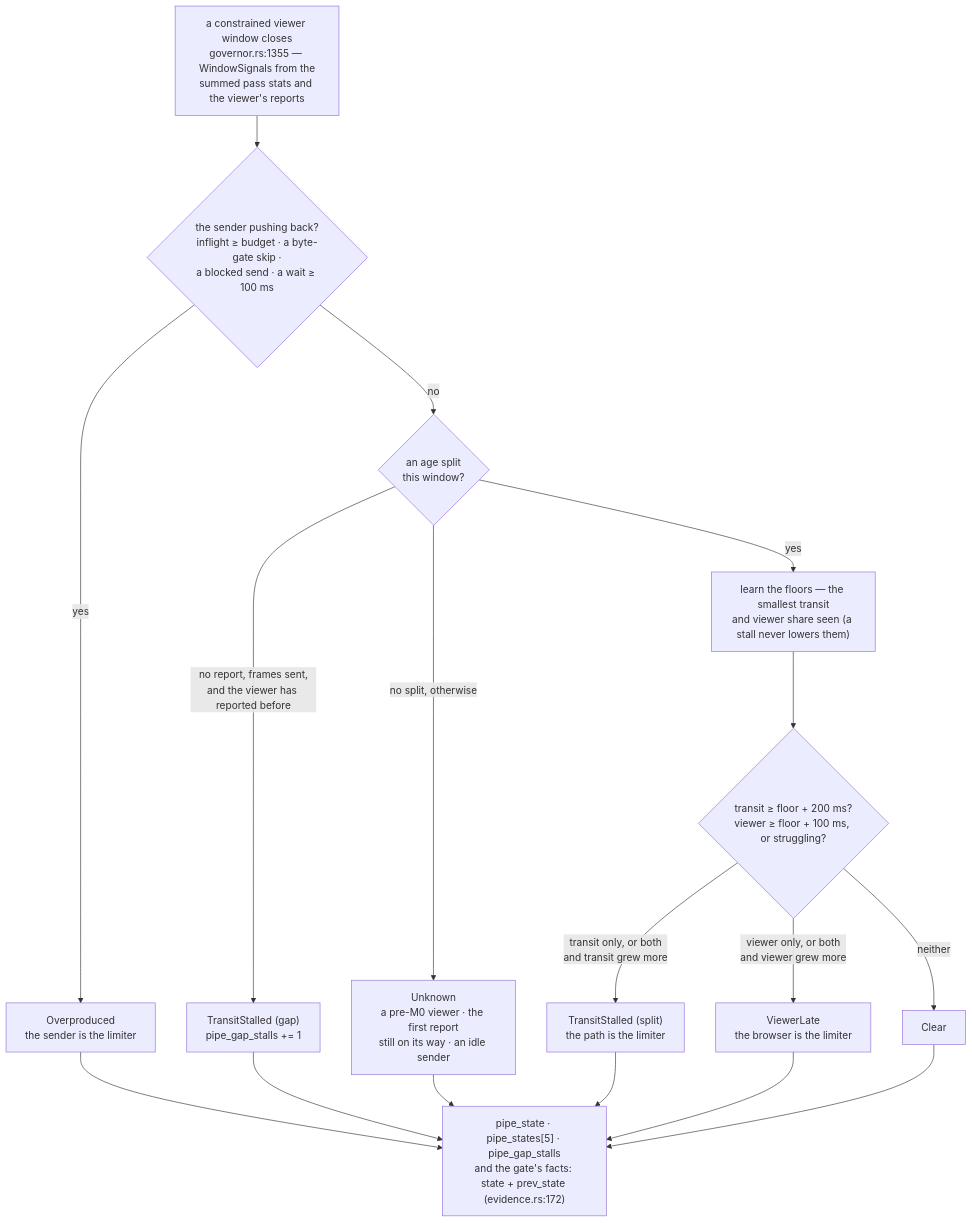
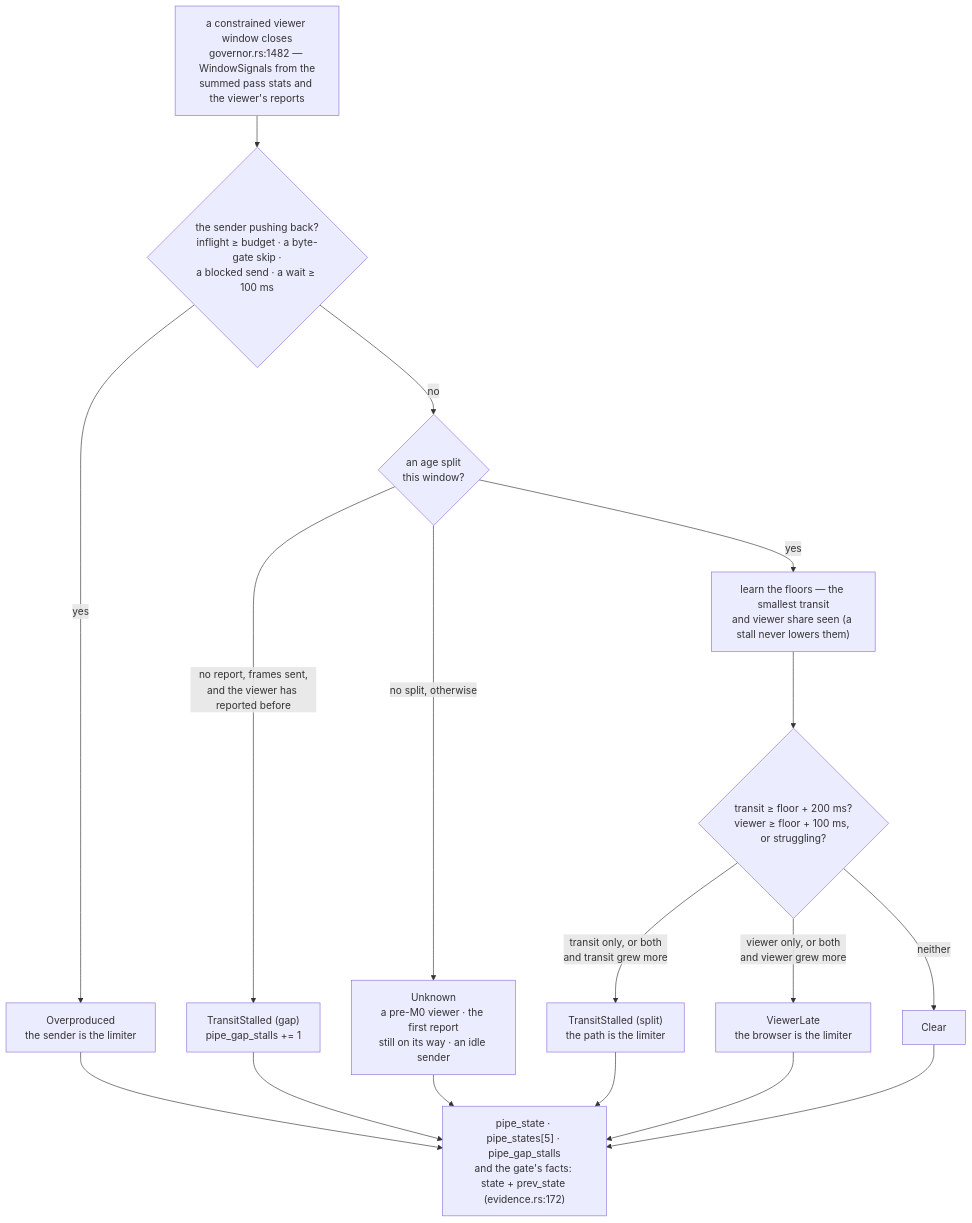
The second of 20 diagrams in docs/rate-control.md (gjovanov/roomler-ai), drawn with Mermaid before and after one commit. The commit also changed other lines of this file and 7 other files, not shown here.

````diff
--- a/docs/rate-control.md
+++ b/docs/rate-control.md
@@ -139,14 +139,14 @@
 ```mermaid
 flowchart TB
-    W["a constrained viewer window closes<br/>governor.rs:1355 — WindowSignals from the<br/>summed pass stats and the viewer's reports"] --> O{"the sender pushing back?<br/>inflight ≥ budget · a byte-gate skip ·<br/>a blocked send · a wait ≥ 100 ms"}
+    W["a constrained viewer window closes<br/>governor.rs:1482 — WindowSignals from the<br/>summed pass stats and the viewer's reports"] --> O{"the sender pushing back?<br/>inflight ≥ budget · a byte-gate skip ·<br/>a blocked send · a wait ≥ 100 ms"}
     O -- yes --> OP["Overproduced<br/>the sender is the limiter"]
     O -- no --> SP{"an age split<br/>this window?"}
     SP -- "no report, frames sent,<br/>and the viewer has reported before" --> GAP["TransitStalled (gap)<br/>pipe_gap_stalls += 1"]
     SP -- "no split, otherwise" --> UNK["Unknown<br/>a pre-M0 viewer · the first report<br/>still on its way · an idle sender"]
     SP -- yes --> FL["learn the floors — the smallest transit<br/>and viewer share seen (a stall never lowers them)"]
     FL --> X{"transit ≥ floor + 200 ms?<br/>viewer ≥ floor + 100 ms, or struggling?"}
     X -- "transit only, or both<br/>and transit grew more" --> TS["TransitStalled (split)<br/>the path is the limiter"]
     X -- "viewer only, or both<br/>and viewer grew more" --> VL["ViewerLate<br/>the browser is the limiter"]
     X -- neither --> CL["Clear"]
     OP & GAP & UNK & TS & VL & CL --> HB["pipe_state · pipe_states[5] · pipe_gap_stalls<br/>and the gate's facts: state + prev_state (evidence.rs:172)"]
 ```
````
